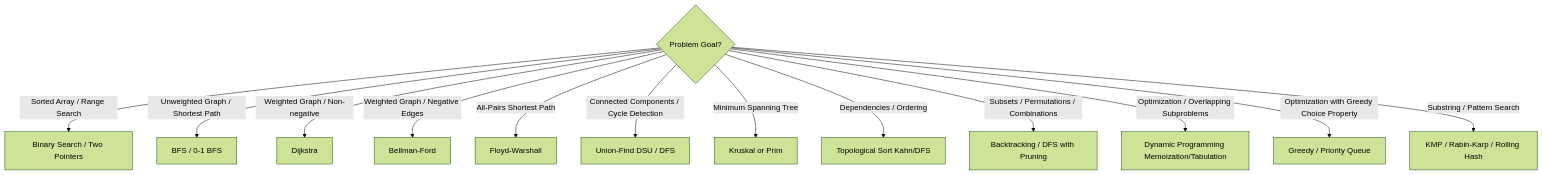
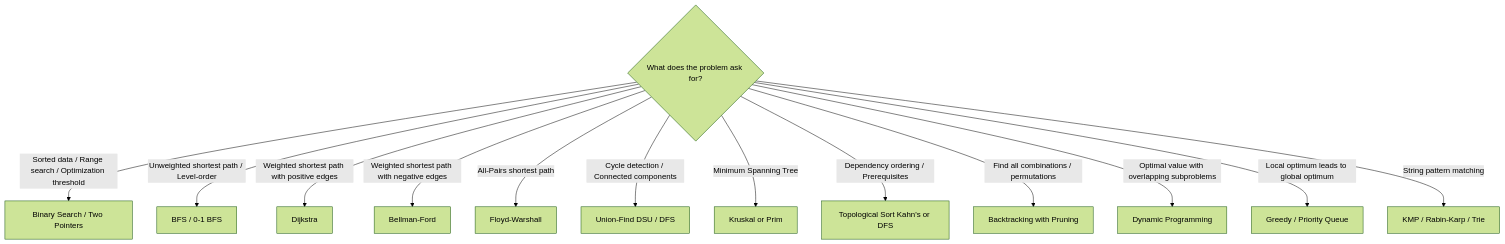
The diagram in dsa/theory/01-algorithm.md (samcasmmm/interview), drawn with Mermaid (forest theme) before and after one commit. The commit also changed other lines of this file, not shown here.

````diff
--- a/dsa/theory/01-algorithm.md
+++ b/dsa/theory/01-algorithm.md
@@ -449,17 +750,17 @@
 ```mermaid
 graph TD
-    Start{Problem Goal?}
+    Start{What does the problem ask for?}
 
-    Start -->|Sorted Array / Range Search| BS[Binary Search / Two Pointers]
-    Start -->|Unweighted Graph / Shortest Path| BFS[BFS / 0-1 BFS]
-    Start -->|Weighted Graph / Non-negative| Dij[Dijkstra]
-    Start -->|Weighted Graph / Negative Edges| BF[Bellman-Ford]
-    Start -->|All-Pairs Shortest Path| FW[Floyd-Warshall]
-    Start -->|Connected Components / Cycle Detection| DSU[Union-Find DSU / DFS]
+    Start -->|Sorted data / Range search / Optimization threshold| BS[Binary Search / Two Pointers]
+    Start -->|Unweighted shortest path / Level-order| BFS[BFS / 0-1 BFS]
+    Start -->|Weighted shortest path with positive edges| Dij[Dijkstra]
+    Start -->|Weighted shortest path with negative edges| BF[Bellman-Ford]
+    Start -->|All-Pairs shortest path| FW[Floyd-Warshall]
+    Start -->|Cycle detection / Connected components| DSU[Union-Find DSU / DFS]
     Start -->|Minimum Spanning Tree| MST[Kruskal or Prim]
-    Start -->|Dependencies / Ordering| Topo[Topological Sort Kahn/DFS]
-    Start -->|Subsets / Permutations / Combinations| BT[Backtracking / DFS with Pruning]
-    Start -->|Optimization / Overlapping Subproblems| DP[Dynamic Programming Memoization/Tabulation]
-    Start -->|Optimization with Greedy Choice Property| Greedy[Greedy / Priority Queue]
-    Start -->|Substring / Pattern Search| KMP[KMP / Rabin-Karp / Rolling Hash]
+    Start -->|Dependency ordering / Prerequisites| Topo[Topological Sort Kahn's or DFS]
+    Start -->|Find all combinations / permutations| BT[Backtracking with Pruning]
+    Start -->|Optimal value with overlapping subproblems| DP[Dynamic Programming]
+    Start -->|Local optimum leads to global optimum| Greedy[Greedy / Priority Queue]
+    Start -->|String pattern matching| KMP[KMP / Rabin-Karp / Trie]
 ```
````
